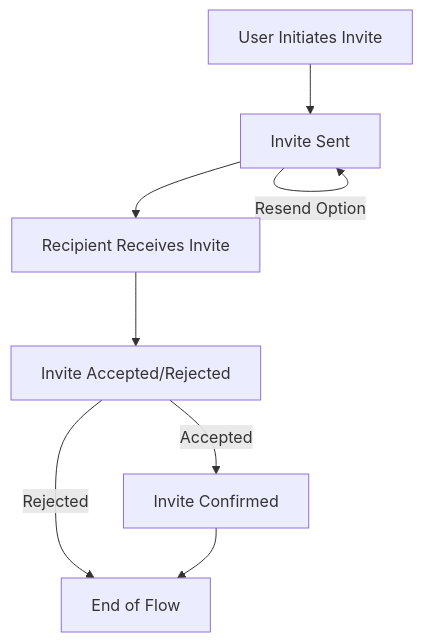
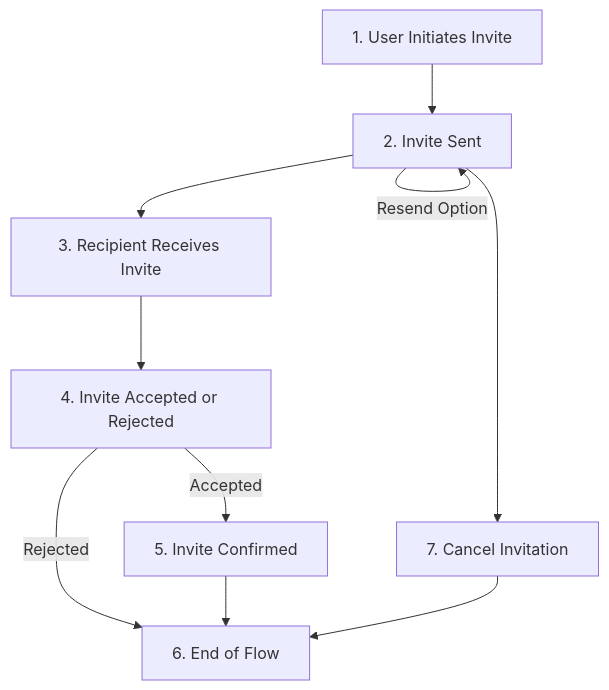
One commit to roqtech/documentation changed the diagram in pages/next-js/add-user-invites.mdx. Above: the diagram before and after it, drawn with Mermaid. The commit also changed other lines of this file, not shown here.

Commit message:
Update invitation process flow and  sub titles

````diff
--- a/pages/next-js/add-user-invites.mdx
+++ b/pages/next-js/add-user-invites.mdx
@@ -8,10 +8,12 @@
 ```mermaid
 graph TD
-A[User Initiates Invite] --> B[Invite Sent]
+A[1. User Initiates Invite] --> B[2. Invite Sent]
 B -->|Resend Option| B
-B --> C[Recipient Receives Invite]
-C --> D[Invite Accepted/Rejected]
-D -->|Rejected| F[End of Flow]
-D -->|Accepted| E[Invite Confirmed]
+B --> C[3. Recipient Receives Invite]
+B --> G[7. Cancel Invitation]
+C --> D[4. Invite Accepted or Rejected]
+D -->|Rejected| F[6. End of Flow]
+D -->|Accepted| E[5. Invite Confirmed]
 E --> F
+G --> F
 ```
````
